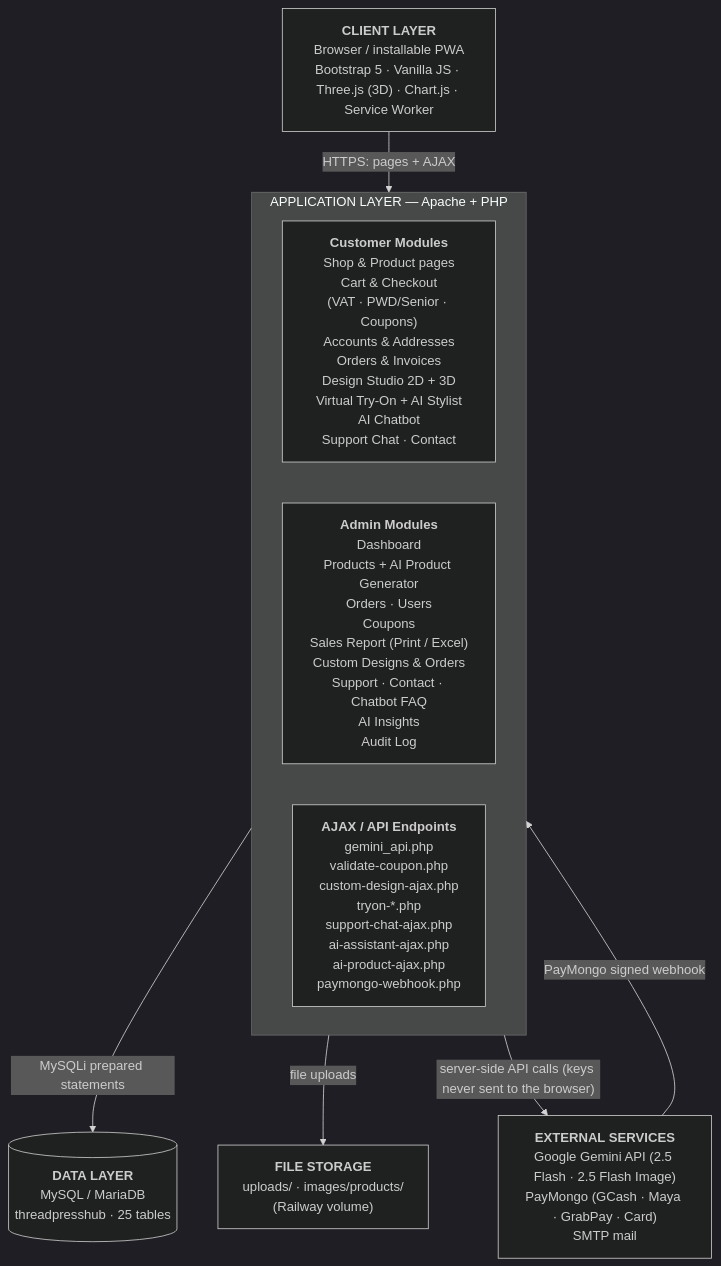
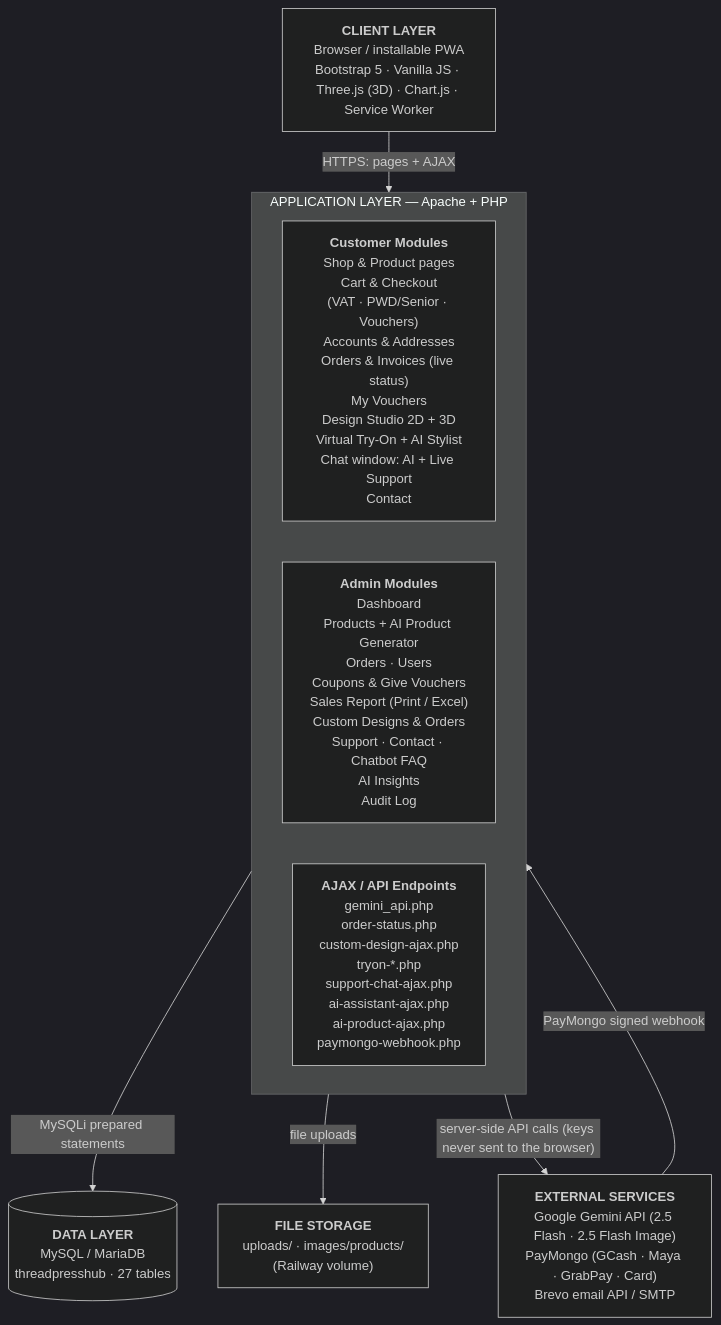
Before and after one commit to kurooo-san/THREAD-AND-PRESS-HUB: the diagram in docs/system-architecture/sytem archi.mmd, drawn with Mermaid (dark theme). The commit also changed 31 other files, not shown here.

First line of the commit message:
Update docs and diagrams for vouchers, chat handoff and live status

```diff
--- a/docs/system-architecture/sytem archi.mmd
+++ b/docs/system-architecture/sytem archi.mmd
@@ -1,20 +1,20 @@
 %% System architecture (layers). Matches docs/SYSTEM_ARCHITECTURE.md section 3.
 flowchart TB
     CL["<b>CLIENT LAYER</b><br/>Browser / installable PWA<br/>Bootstrap 5 · Vanilla JS · Three.js (3D) · Chart.js · Service Worker"]
 
     subgraph AL["APPLICATION LAYER — Apache + PHP"]
         direction LR
-        PUB["<b>Customer Modules</b><br/>Shop & Product pages<br/>Cart & Checkout<br/>(VAT · PWD/Senior · Coupons)<br/>Accounts & Addresses<br/>Orders & Invoices<br/>Design Studio 2D + 3D<br/>Virtual Try-On + AI Stylist<br/>AI Chatbot<br/>Support Chat · Contact"]
-        ADM["<b>Admin Modules</b><br/>Dashboard<br/>Products + AI Product Generator<br/>Orders · Users<br/>Coupons<br/>Sales Report (Print / Excel)<br/>Custom Designs & Orders<br/>Support · Contact · Chatbot FAQ<br/>AI Insights<br/>Audit Log"]
-        API["<b>AJAX / API Endpoints</b><br/>gemini_api.php<br/>validate-coupon.php<br/>custom-design-ajax.php<br/>tryon-*.php<br/>support-chat-ajax.php<br/>ai-assistant-ajax.php<br/>ai-product-ajax.php<br/>paymongo-webhook.php"]
+        PUB["<b>Customer Modules</b><br/>Shop & Product pages<br/>Cart & Checkout<br/>(VAT · PWD/Senior · Vouchers)<br/>Accounts & Addresses<br/>Orders & Invoices (live status)<br/>My Vouchers<br/>Design Studio 2D + 3D<br/>Virtual Try-On + AI Stylist<br/>Chat window: AI + Live Support<br/>Contact"]
+        ADM["<b>Admin Modules</b><br/>Dashboard<br/>Products + AI Product Generator<br/>Orders · Users<br/>Coupons & Give Vouchers<br/>Sales Report (Print / Excel)<br/>Custom Designs & Orders<br/>Support · Contact · Chatbot FAQ<br/>AI Insights<br/>Audit Log"]
+        API["<b>AJAX / API Endpoints</b><br/>gemini_api.php<br/>order-status.php<br/>custom-design-ajax.php<br/>tryon-*.php<br/>support-chat-ajax.php<br/>ai-assistant-ajax.php<br/>ai-product-ajax.php<br/>paymongo-webhook.php"]
     end
 
-    DB[("<b>DATA LAYER</b><br/>MySQL / MariaDB<br/>threadpresshub · 25 tables")]
+    DB[("<b>DATA LAYER</b><br/>MySQL / MariaDB<br/>threadpresshub · 27 tables")]
     FS["<b>FILE STORAGE</b><br/>uploads/ · images/products/<br/>(Railway volume)"]
-    EX["<b>EXTERNAL SERVICES</b><br/>Google Gemini API (2.5 Flash · 2.5 Flash Image)<br/>PayMongo (GCash · Maya · GrabPay · Card)<br/>SMTP mail"]
+    EX["<b>EXTERNAL SERVICES</b><br/>Google Gemini API (2.5 Flash · 2.5 Flash Image)<br/>PayMongo (GCash · Maya · GrabPay · Card)<br/>Brevo email API / SMTP"]
 
     CL -- "HTTPS: pages + AJAX" --> AL
     AL -- "MySQLi prepared statements" --> DB
     AL -- "file uploads" --> FS
     AL -- "server-side API calls (keys never sent to the browser)" --> EX
     EX -- "PayMongo signed webhook" --> AL
```
